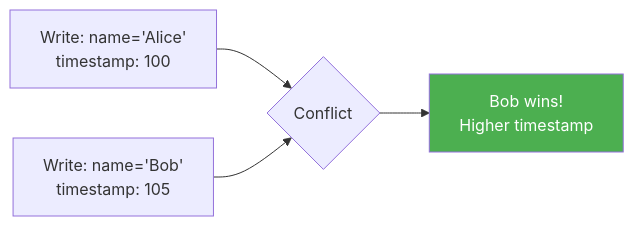
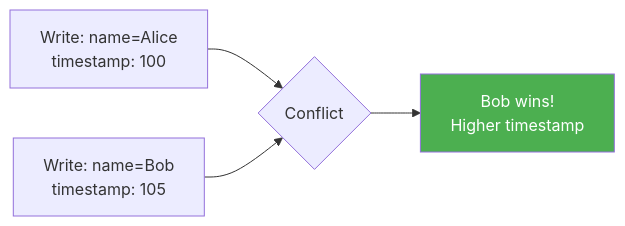
Before and after one commit to sivanagaraju/systemdesign: the third of 7 diagrams in distributed-systems/02-partitioning-and-replication/05-multi-primary-replication.md, drawn with Mermaid. The commit also changed other lines of this file and 4 other files, not shown here.

````diff
--- a/distributed-systems/02-partitioning-and-replication/05-multi-primary-replication.md
+++ b/distributed-systems/02-partitioning-and-replication/05-multi-primary-replication.md
@@ -69,12 +69,12 @@
 ```mermaid
 graph LR
-    W1[Write: name='Alice'<br/>timestamp: 100] 
-    W2[Write: name='Bob'<br/>timestamp: 105]
+    W1[Write: name=Alice<br/>timestamp: 100] 
+    W2[Write: name=Bob<br/>timestamp: 105]
     
     W1 --> Conflict{Conflict}
     W2 --> Conflict
     
     Conflict --> Winner[Bob wins!<br/>Higher timestamp]
     
     style Winner fill:#4caf50,color:#fff
 ```
````
